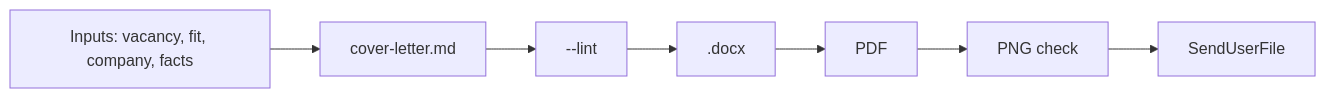
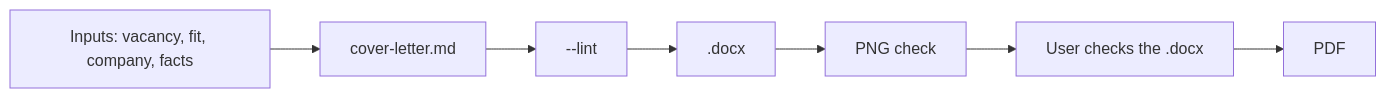
One commit to askrinnik/ai-plugins changed the diagram in plugins/jobsearch-kit/skills/cover-letter/SKILL.md. Above: the diagram before and after it, drawn with Mermaid. The commit also changed other lines of this file and 57 other files, not shown here.

First line of the commit message:
Improve jobsearch-kit setup, CV checks and PDF timing

````diff
--- a/plugins/jobsearch-kit/skills/cover-letter/SKILL.md
+++ b/plugins/jobsearch-kit/skills/cover-letter/SKILL.md
@@ -16,9 +16,9 @@
 ```mermaid
 flowchart LR
   I[Inputs: vacancy, fit, company, facts] --> W[cover-letter.md]
   W --> L[--lint]
   L --> B[.docx]
-  B --> P[PDF]
-  P --> V[PNG check]
-  V --> S[SendUserFile]
+  B --> V[PNG check]
+  V --> U[User checks the .docx]
+  U --> P[PDF]
 ```
````
